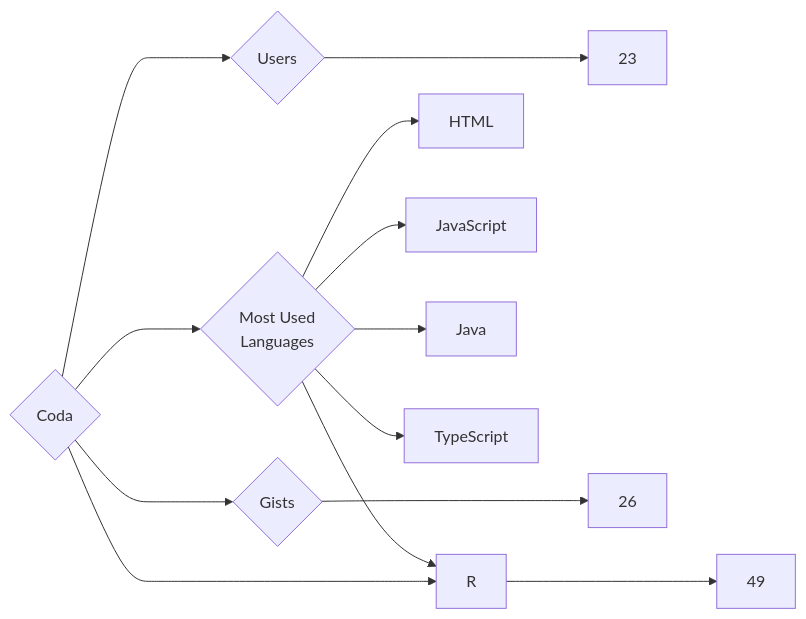
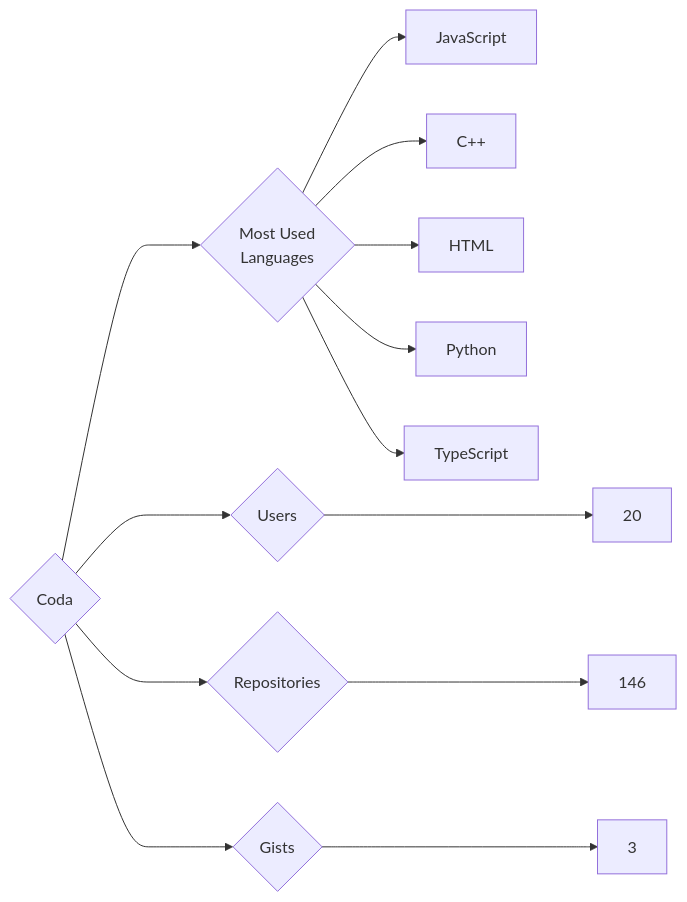
Before and after one commit to trickest/insiders: the diagram in targets/Coda/README.md, drawn with Mermaid. The commit also changed 681 other files, not shown here.

````diff
--- a/targets/Coda/README.md
+++ b/targets/Coda/README.md
@@ -3,13 +3,13 @@
 ```mermaid
 graph LR
 COMPANY_NAME{Coda}
-COMPANY_NAME ---> U{Users} ---> UN[23]
-COMPANY_NAME ---> R{Repositories} ---> RN[49]
-COMPANY_NAME ---> G{Gists} ---> GN[26]
+COMPANY_NAME ---> U{Users} ---> UN[20]
+COMPANY_NAME ---> R{Repositories} ---> RN[146]
+COMPANY_NAME ---> G{Gists} ---> GN[3]
 COMPANY_NAME ---> ML{Most Used<br>Languages}
+ML --> JavaScript[JavaScript]
+ML --> C++[C++]
 ML --> HTML[HTML]
-ML --> JavaScript[JavaScript]
-ML --> Java[Java]
+ML --> Python[Python]
 ML --> TypeScript[TypeScript]
-ML --> R[R]
 ```
````
